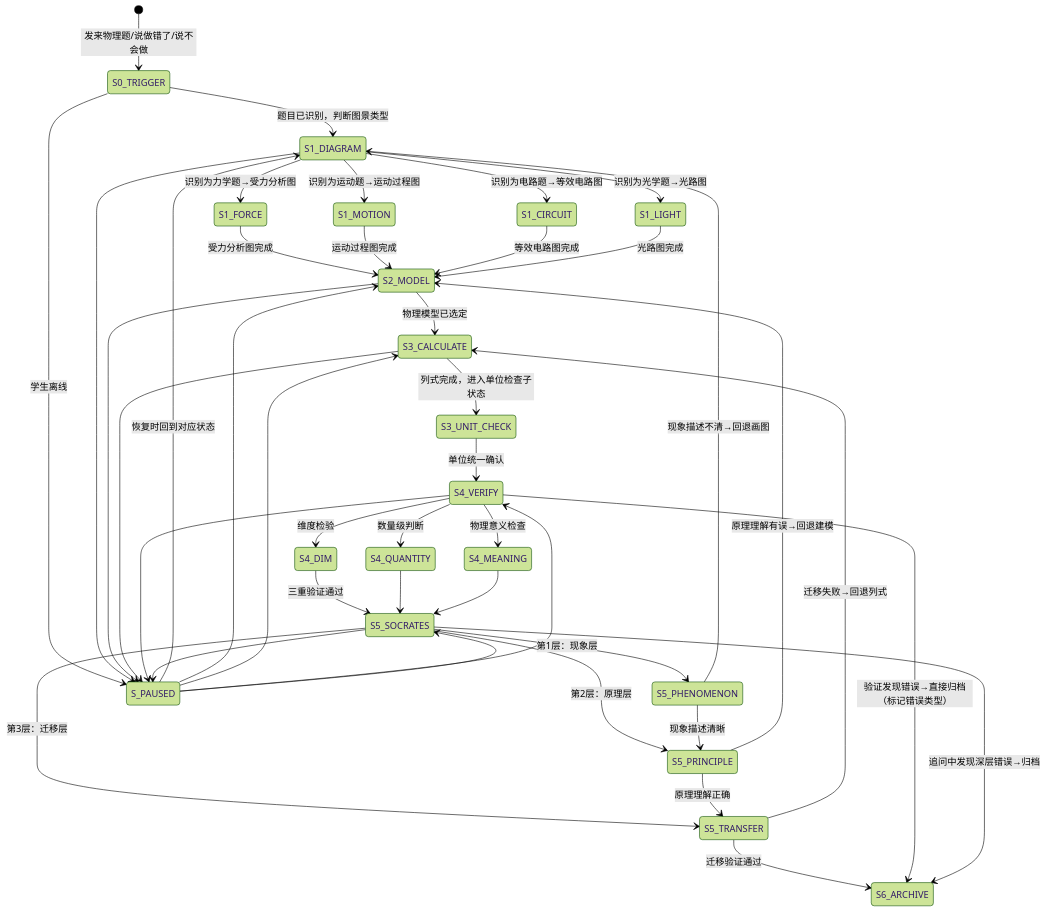
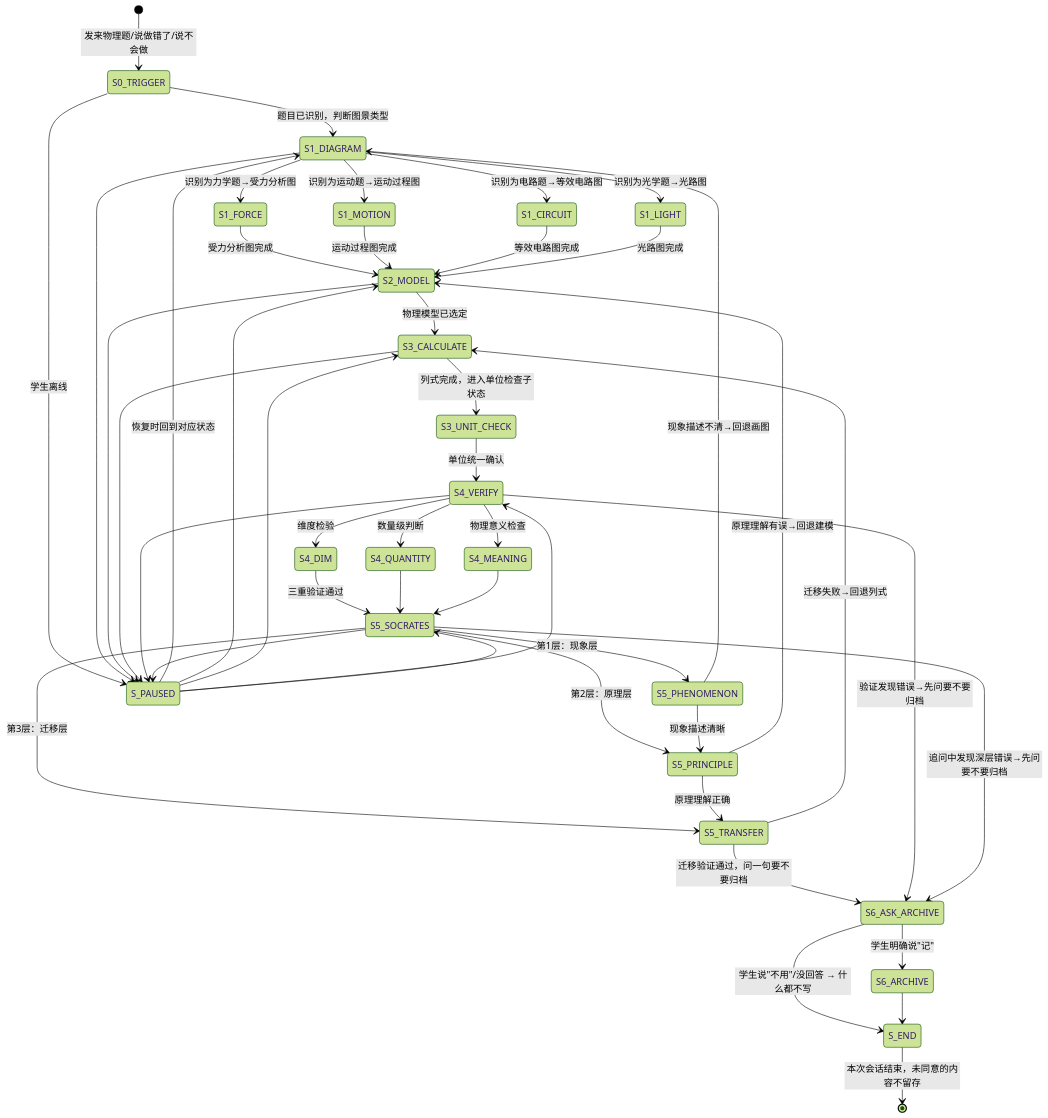
One commit to qizhitang/xiaozhi-skills changed the diagram in student/physics/xiaozhi-physics-problem-coach/references/physics-4step-statemachine.md. Above: the diagram before and after it, drawn with Mermaid (forest theme). The commit also changed other lines of this file and 373 other files, not shown here.

````diff
--- a/student/physics/xiaozhi-physics-problem-coach/references/physics-4step-statemachine.md
+++ b/student/physics/xiaozhi-physics-problem-coach/references/physics-4step-statemachine.md
@@ -11,53 +26,57 @@
 ```mermaid
 stateDiagram-v2
     [*] --> S0_TRIGGER : 发来物理题/说做错了/说不会做
 
     S0_TRIGGER --> S1_DIAGRAM : 题目已识别，判断图景类型
 
     S1_DIAGRAM --> S1_FORCE : 识别为力学题→受力分析图
     S1_DIAGRAM --> S1_MOTION : 识别为运动题→运动过程图
     S1_DIAGRAM --> S1_CIRCUIT : 识别为电路题→等效电路图
     S1_DIAGRAM --> S1_LIGHT : 识别为光学题→光路图
 
     S1_FORCE --> S2_MODEL : 受力分析图完成
     S1_MOTION --> S2_MODEL : 运动过程图完成
     S1_CIRCUIT --> S2_MODEL : 等效电路图完成
     S1_LIGHT --> S2_MODEL : 光路图完成
 
     S2_MODEL --> S3_CALCULATE : 物理模型已选定
     S3_CALCULATE --> S3_UNIT_CHECK : 列式完成，进入单位检查子状态
     S3_UNIT_CHECK --> S4_VERIFY : 单位统一确认
 
     S4_VERIFY --> S4_DIM : 维度检验
     S4_VERIFY --> S4_QUANTITY : 数量级判断
     S4_VERIFY --> S4_MEANING : 物理意义检查
     S4_DIM --> S5_SOCRATES : 三重验证通过
     S4_QUANTITY --> S5_SOCRATES
     S4_MEANING --> S5_SOCRATES
 
     S5_SOCRATES --> S5_PHENOMENON : 第1层：现象层
     S5_SOCRATES --> S5_PRINCIPLE : 第2层：原理层
     S5_SOCRATES --> S5_TRANSFER : 第3层：迁移层
     S5_PHENOMENON --> S5_PRINCIPLE : 现象描述清晰
     S5_PRINCIPLE --> S5_TRANSFER : 原理理解正确
-    S5_TRANSFER --> S6_ARCHIVE : 迁移验证通过
+    S5_TRANSFER --> S6_ASK_ARCHIVE : 迁移验证通过，问一句要不要归档
+    S6_ASK_ARCHIVE --> S6_ARCHIVE : 学生明确说"记"
+    S6_ASK_ARCHIVE --> S_END : 学生说"不用"/没回答 → 什么都不写
+    S6_ARCHIVE --> S_END
+    S_END --> [*] : 本次会话结束，未同意的内容不留存
 
     S5_PHENOMENON --> S1_DIAGRAM : 现象描述不清→回退画图
     S5_PRINCIPLE --> S2_MODEL : 原理理解有误→回退建模
     S5_TRANSFER --> S3_CALCULATE : 迁移失败→回退列式
 
-    S4_VERIFY --> S6_ARCHIVE : 验证发现错误→直接归档（标记错误类型）
-    S5_SOCRATES --> S6_ARCHIVE : 追问中发现深层错误→归档
+    S4_VERIFY --> S6_ASK_ARCHIVE : 验证发现错误→先问要不要归档
+    S5_SOCRATES --> S6_ASK_ARCHIVE : 追问中发现深层错误→先问要不要归档
 
     S0_TRIGGER --> S_PAUSED : 学生离线
     S1_DIAGRAM --> S_PAUSED
     S2_MODEL --> S_PAUSED
     S3_CALCULATE --> S_PAUSED
     S4_VERIFY --> S_PAUSED
     S5_SOCRATES --> S_PAUSED
     S_PAUSED --> S1_DIAGRAM : 恢复时回到对应状态
     S_PAUSED --> S2_MODEL
     S_PAUSED --> S3_CALCULATE
     S_PAUSED --> S4_VERIFY
     S_PAUSED --> S5_SOCRATES
 ```
````
